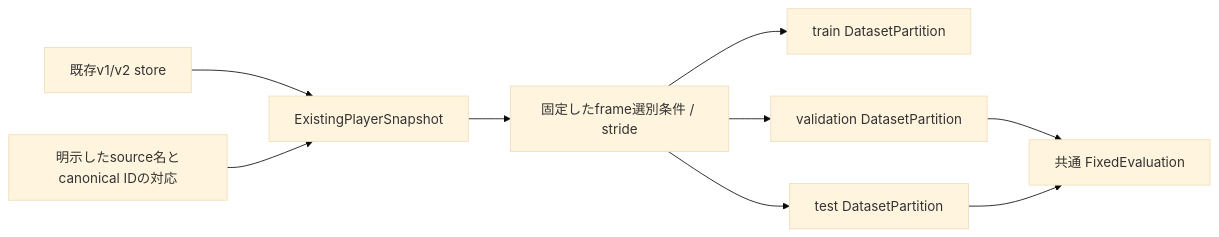
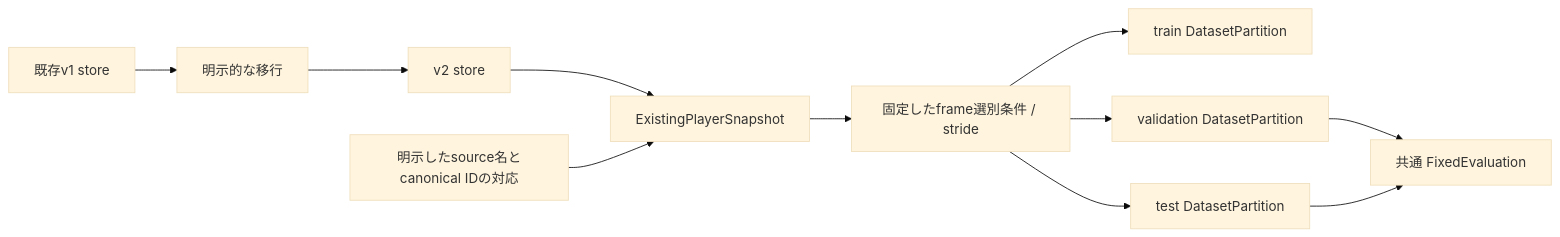
One commit to Motoki0705/tennis-lab changed the diagram in src/tasks/player_detection/data/snapshots/README.md. Above: the diagram before and after it, drawn with Mermaid (base theme). The commit also changed other lines of this file and 2 other files, not shown here.

First line of the commit message:
Require explicit v1 migration before freezing player snapshots

````diff
--- a/src/tasks/player_detection/data/snapshots/README.md
+++ b/src/tasks/player_detection/data/snapshots/README.md
@@ -7,11 +10,13 @@
 ```mermaid
 flowchart LR
-    D[既存v1/v2 store] --> S[ExistingPlayerSnapshot]
+    L[既存v1 store] --> X[明示的な移行]
+    X --> D[v2 store]
+    D --> S[ExistingPlayerSnapshot]
     M[明示したsource名とcanonical IDの対応] --> S
     S --> P[固定したframe選別条件 / stride]
     P --> T[train DatasetPartition]
     P --> V[validation DatasetPartition]
     P --> E[test DatasetPartition]
     V --> F[共通 FixedEvaluation]
     E --> F
 ```
````
